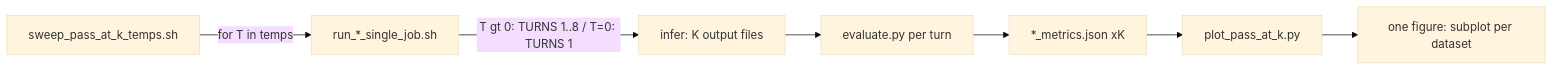
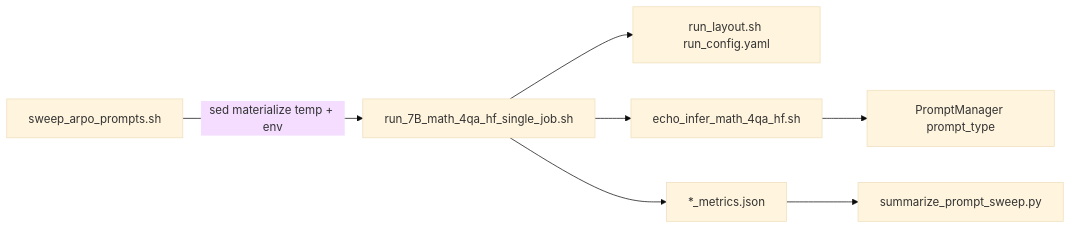
One commit to SaratBobbili/arpo-lens changed the diagram in Project_plan.md. Above: the diagram before and after it, drawn with Mermaid (base theme). The commit also changed other lines of this file and 2 other files, not shown here.

Commit message:
arpo sweep

````diff
--- a/Project_plan.md
+++ b/Project_plan.md
@@ -33,9 +34,9 @@
 ```mermaid
 flowchart LR
-  wrapper["sweep_pass_at_k_temps.sh"] -->|"for T in temps"| job["run_*_single_job.sh"]
-  job -->|"T gt 0: TURNS 1..8 / T=0: TURNS 1"| infer["infer: K output files"]
-  infer --> eval["evaluate.py per turn"]
-  eval --> metrics["*_metrics.json xK"]
-  metrics --> posthoc["plot_pass_at_k.py"]
-  posthoc --> fig["one figure: subplot per dataset"]
+  sweep["sweep_arpo_prompts.sh"] -->|"sed materialize temp + env"| job["run_7B_math_4qa_hf_single_job.sh"]
+  job --> layout["run_layout.sh run_config.yaml"]
+  job --> infer["echo_infer_math_4qa_hf.sh"]
+  infer --> pm["PromptManager prompt_type"]
+  job --> metrics["*_metrics.json"]
+  metrics --> summary["summarize_prompt_sweep.py"]
 ```
````
